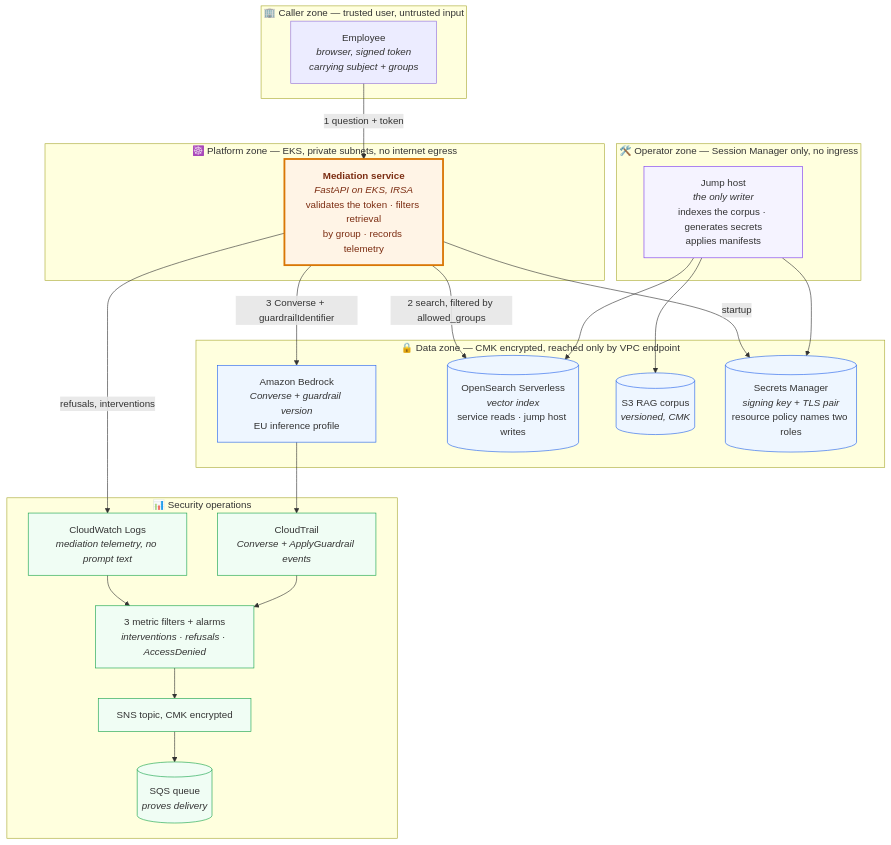
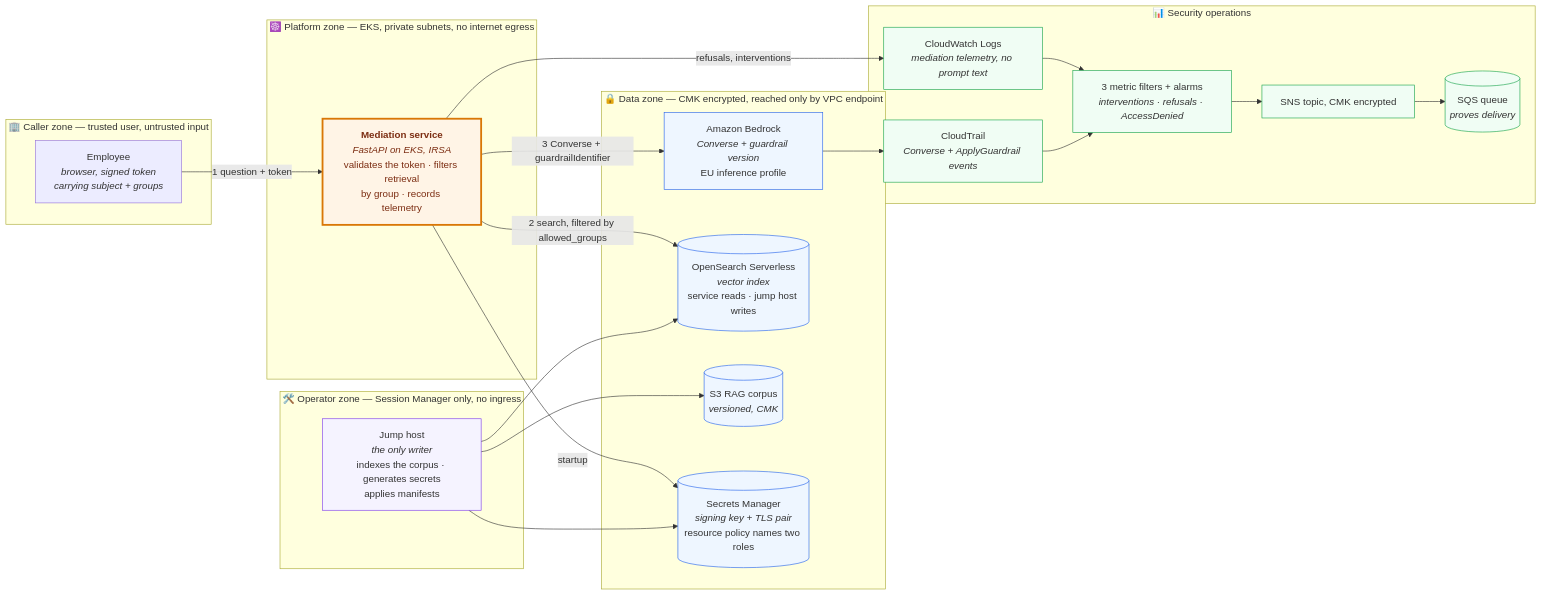
Before and after one commit to spdy999/ai-sec: the first of 3 diagrams in docs/deliverables/diagram/architecture.md, drawn with Mermaid. The commit also changed 2 other files, not shown here.

Commit message:
docs(diagram): lay the overview left to right so it fits a 16:9 slide

````diff
--- a/docs/deliverables/diagram/architecture.md
+++ b/docs/deliverables/diagram/architecture.md
@@ -17,54 +17,54 @@
 ```mermaid
-flowchart TB
+flowchart LR
     subgraph corporate["🏢 Caller zone — trusted user, untrusted input"]
         user["Employee<br/><i>browser, signed token<br/>carrying subject + groups</i>"]
     end
 
     subgraph platform["☸️ Platform zone — EKS, private subnets, no internet egress"]
         proxy["<b>Mediation service</b><br/><i>FastAPI on EKS, IRSA</i><br/>validates the token · filters retrieval<br/>by group · records telemetry"]
     end
 
     subgraph operator["🛠️ Operator zone — Session Manager only, no ingress"]
         bastion["Jump host<br/><i>the only writer</i><br/>indexes the corpus · generates secrets<br/>applies manifests"]
     end
 
     subgraph data["🔒 Data zone — CMK encrypted, reached only by VPC endpoint"]
         bedrock["Amazon Bedrock<br/><i>Converse + guardrail version</i><br/>EU inference profile"]
         vectors[("OpenSearch Serverless<br/><i>vector index</i><br/>service reads · jump host writes")]
         docs[("S3 RAG corpus<br/><i>versioned, CMK</i>")]
         secrets[("Secrets Manager<br/><i>signing key + TLS pair</i><br/>resource policy names two roles")]
     end
 
     subgraph observe["📊 Security operations"]
         telemetry["CloudWatch Logs<br/><i>mediation telemetry, no prompt text</i>"]
         trail["CloudTrail<br/><i>Converse + ApplyGuardrail events</i>"]
         alarms["3 metric filters + alarms<br/><i>interventions · refusals · AccessDenied</i>"]
         sns["SNS topic, CMK encrypted"]
         queue[("SQS queue<br/><i>proves delivery</i>")]
     end
 
     user -->|"1 question + token"| proxy
     proxy -->|"2 search, filtered by allowed_groups"| vectors
     proxy -->|"3 Converse + guardrailIdentifier"| bedrock
     proxy -->|"startup"| secrets
     proxy -->|"refusals, interventions"| telemetry
 
     bastion --> vectors
     bastion --> docs
     bastion --> secrets
 
     bedrock --> trail
     telemetry --> alarms
     trail --> alarms
     alarms --> sns --> queue
 
     classDef control fill:#fff4e6,stroke:#d97706,stroke-width:3px,color:#7c2d12
     classDef store fill:#eef6ff,stroke:#2563eb
     classDef sec fill:#f0fdf4,stroke:#16a34a
     classDef ops fill:#f5f3ff,stroke:#7c3aed
 
     class proxy control
     class vectors,docs,bedrock,secrets store
     class telemetry,trail,alarms,sns,queue sec
     class bastion ops
 ```
````
